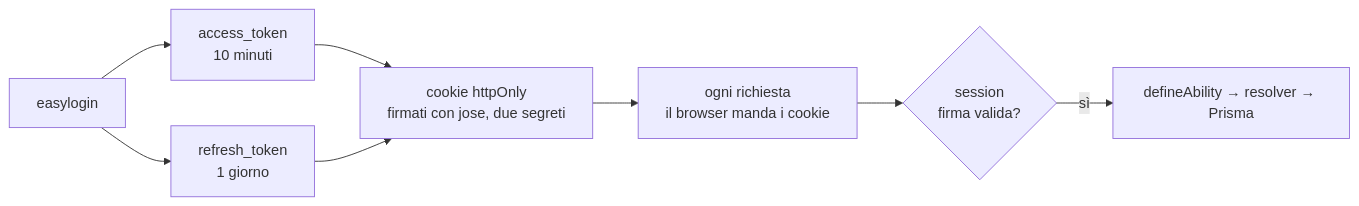
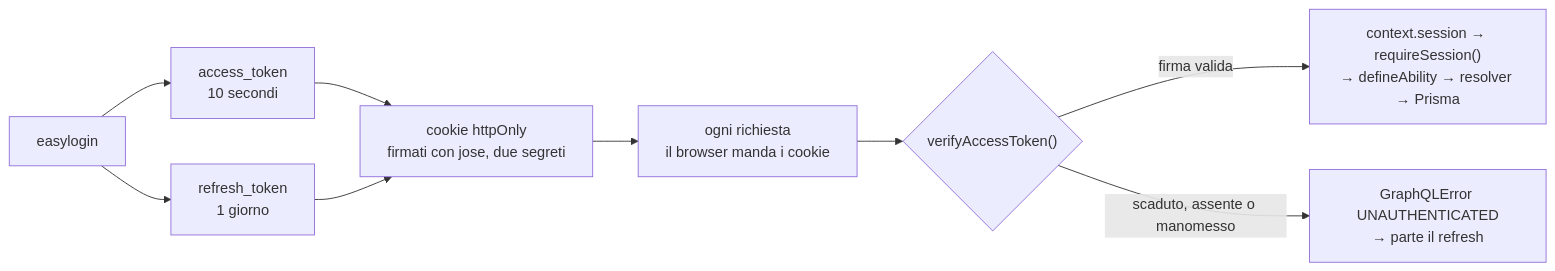
The first of 2 diagrams in docs/architecture/auth.md (angelapedicini/helpdesk), drawn with Mermaid before and after one commit. The commit also changed other lines of this file and 34 other files, not shown here.

Commit message:
aggiunto context meso a posto la documentazione. adesso mi concetro sul resto della documentazione con data flow

````diff
--- a/docs/architecture/auth.md
+++ b/docs/architecture/auth.md
@@ -69,10 +75,11 @@
 ```mermaid
 flowchart LR
-  U["easylogin"] --> A["access_token<br/>10 minuti"]
+  U["easylogin"] --> A["access_token<br/>10 secondi"]
   U --> R["refresh_token<br/>1 giorno"]
   A --> C["cookie httpOnly<br/>firmati con jose, due segreti"]
   R --> C
   C --> Q["ogni richiesta<br/>il browser manda i cookie"]
-  Q --> S{"session<br/>firma valida?"}
-  S -->|sì| D["defineAbility → resolver → Prisma"]
+  Q --> S{"verifyAccessToken()"}
+  S -->|firma valida| D["context.session → requireSession()<br/>→ defineAbility → resolver → Prisma"]
+  S -->|scaduto, assente o manomesso| NA["GraphQLError UNAUTHENTICATED<br/>→ parte il refresh"]
 ```
````
